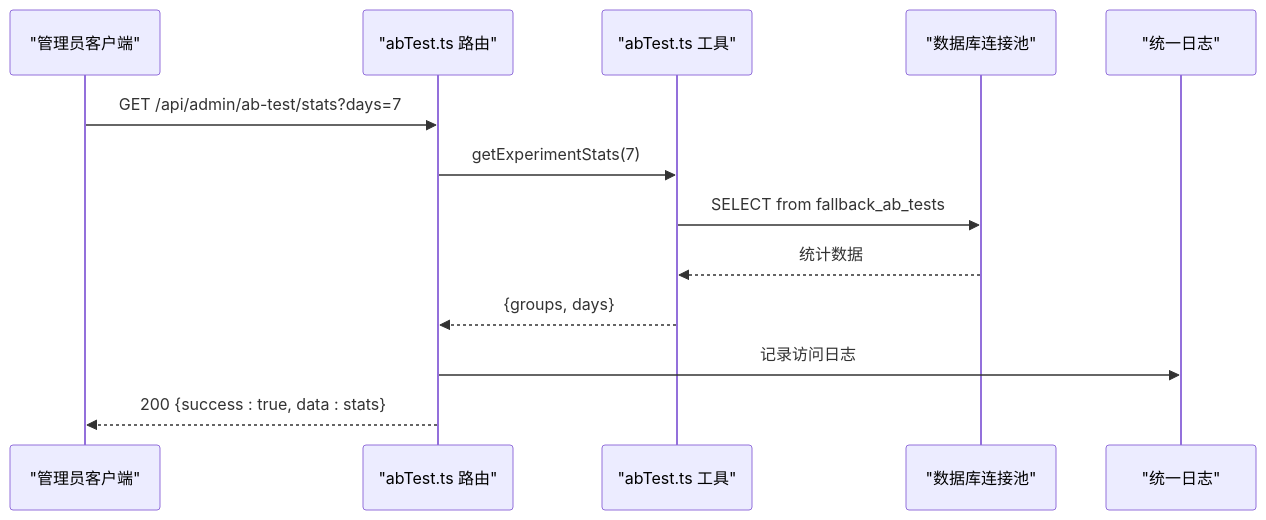
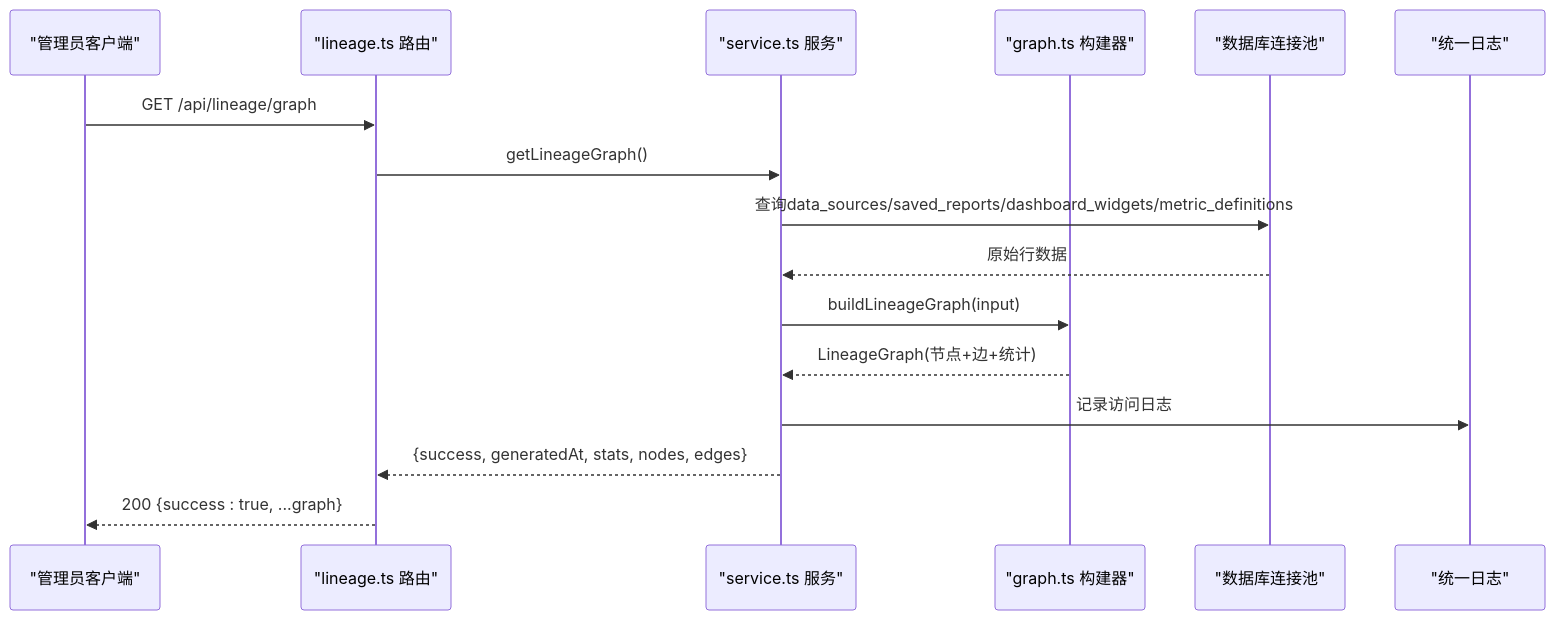
One commit to dgjin/smart-data-analytics changed the second of 8 diagrams in .qoder/repowiki/zh/content/API参考/管理API/管理API.md. Above: the diagram before and after it, drawn with Mermaid. The commit also changed other lines of this file and 146 other files, not shown here.

````diff
--- a/.qoder/repowiki/zh/content/API参考/管理API/管理API.md
+++ b/.qoder/repowiki/zh/content/API参考/管理API/管理API.md
@@ -139,15 +164,18 @@
 ```mermaid
 sequenceDiagram
 participant C as "管理员客户端"
-participant R as "abTest.ts 路由"
-participant U as "abTest.ts 工具"
+participant R as "lineage.ts 路由"
+participant S as "service.ts 服务"
+participant G as "graph.ts 构建器"
 participant DB as "数据库连接池"
 participant LG as "统一日志"
-C->>R : GET /api/admin/ab-test/stats?days=7
-R->>U : getExperimentStats(7)
-U->>DB : SELECT from fallback_ab_tests
-DB-->>U : 统计数据
-U-->>R : {groups, days}
-R->>LG : 记录访问日志
-R-->>C : 200 {success : true, data : stats}
+C->>R : GET /api/lineage/graph
+R->>S : getLineageGraph()
+S->>DB : 查询data_sources/saved_reports/dashboard_widgets/metric_definitions
+DB-->>S : 原始行数据
+S->>G : buildLineageGraph(input)
+G-->>S : LineageGraph(节点+边+统计)
+S->>LG : 记录访问日志
+S-->>R : {success, generatedAt, stats, nodes, edges}
+R-->>C : 200 {success : true, ...graph}
 ```
````
